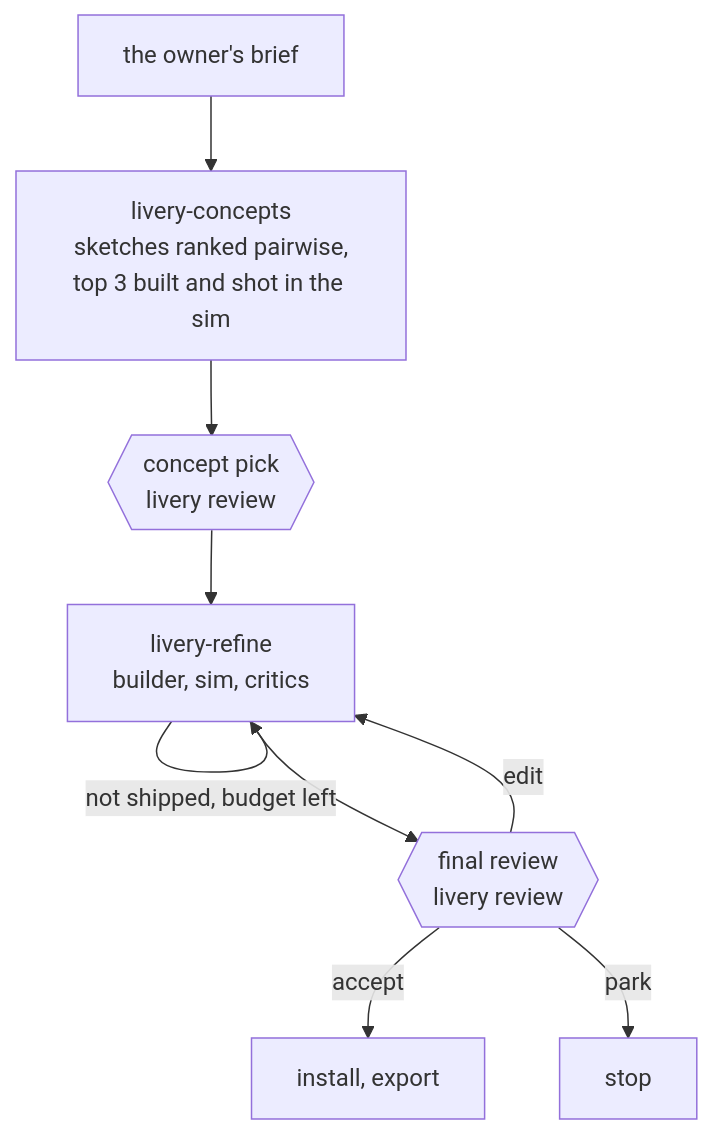
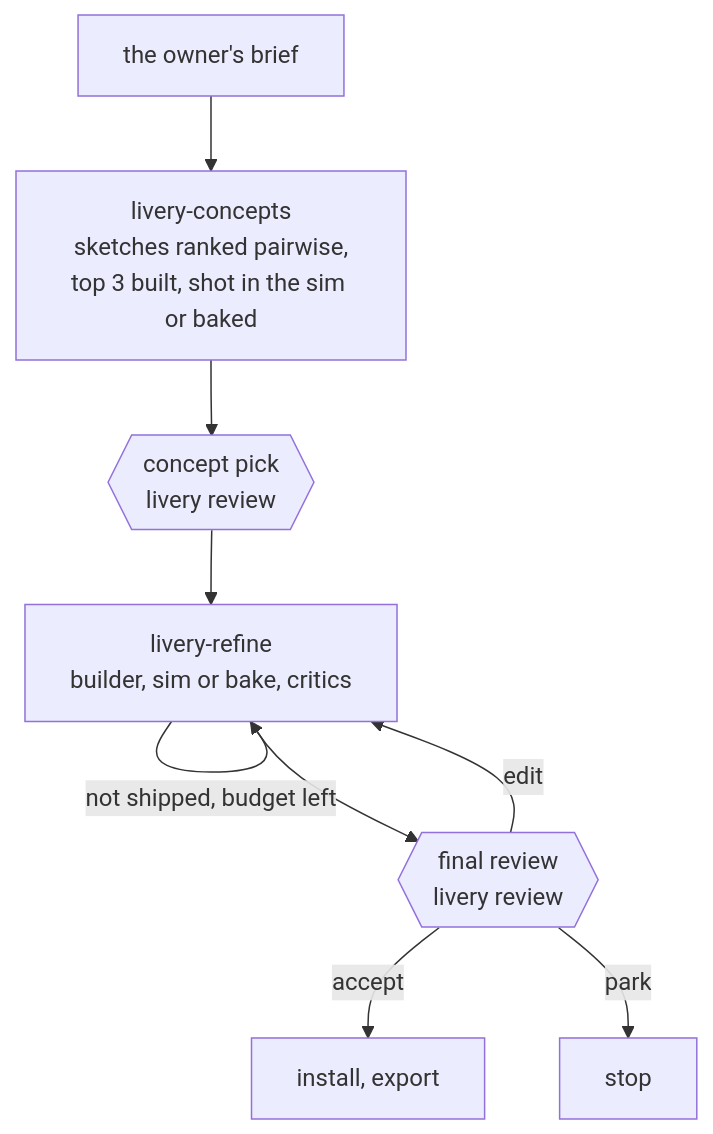
The second of 2 diagrams in docs/architecture.md (nickolaj-jepsen/fartstriber), drawn with Mermaid before and after one commit. The commit also changed other lines of this file and 16 other files, not shown here.

First line of the commit message:
Baked views stand in for sim shots where bake check covered every finish

````diff
--- a/docs/architecture.md
+++ b/docs/architecture.md
@@ -305,11 +308,11 @@
 ```mermaid
 flowchart TD
-  brief["the owner's brief"] --> concepts["livery-concepts<br/>sketches ranked pairwise,<br/>top 3 built and shot in the sim"]
+  brief["the owner's brief"] --> concepts["livery-concepts<br/>sketches ranked pairwise,<br/>top 3 built, shot in the sim or baked"]
   concepts --> pick{{"concept pick<br/>livery review"}}
-  pick --> refine["livery-refine<br/>builder, sim, critics"]
+  pick --> refine["livery-refine<br/>builder, sim or bake, critics"]
   refine -- "not shipped, budget left" --> refine
   refine --> final{{"final review<br/>livery review"}}
   final -- edit --> refine
   final -- accept --> install["install, export"]
   final -- park --> stop["stop"]
 ```
````
